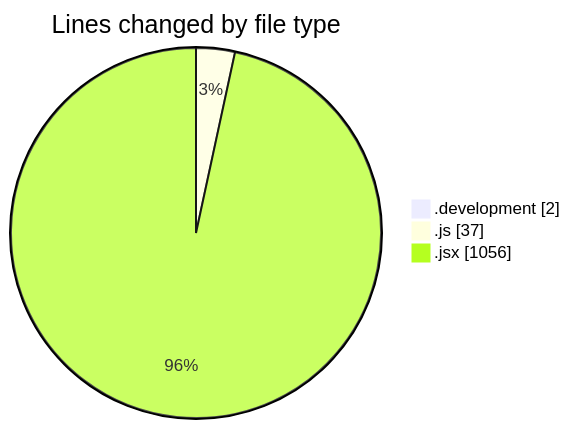
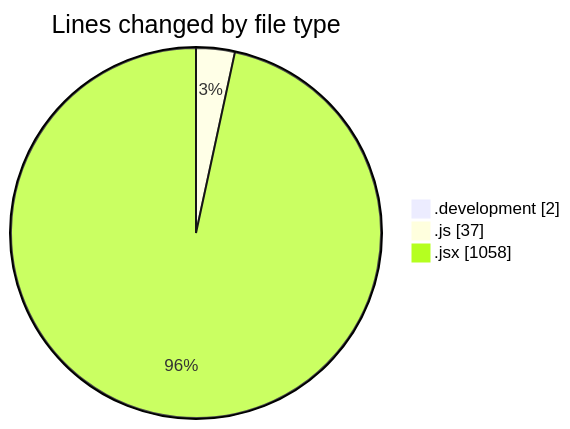
One commit to nxtqubesakshisongat/code-tracking changed the first of 2 diagrams in 2025-11-10/nxtqube_webapp/README.md. Above: the diagram before and after it, drawn with Mermaid. The commit also changed other lines of this file and 1 other file, not shown here.

````diff
--- a/2025-11-10/nxtqube_webapp/README.md
+++ b/2025-11-10/nxtqube_webapp/README.md
@@ -23,7 +23,7 @@
 ```mermaid
 pie showData
 title Lines changed by file type
 ".development" : 2
 ".js" : 37
-".jsx" : 1056
+".jsx" : 1058
 ```
````
